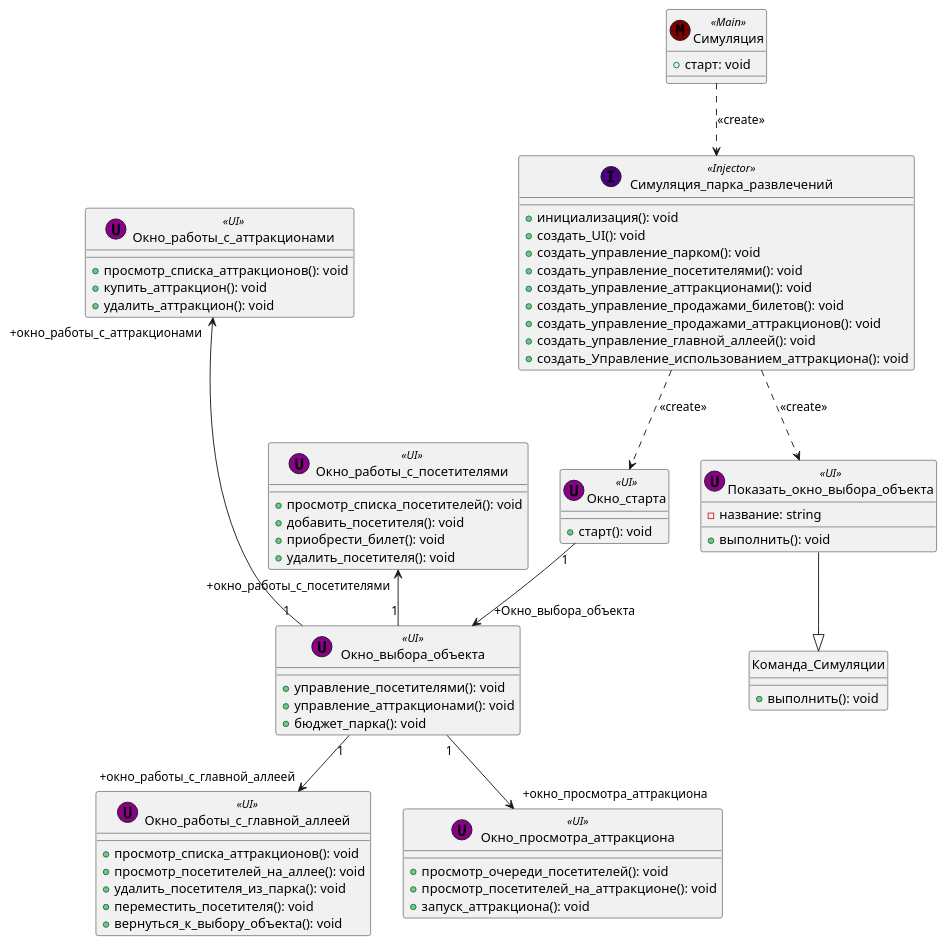
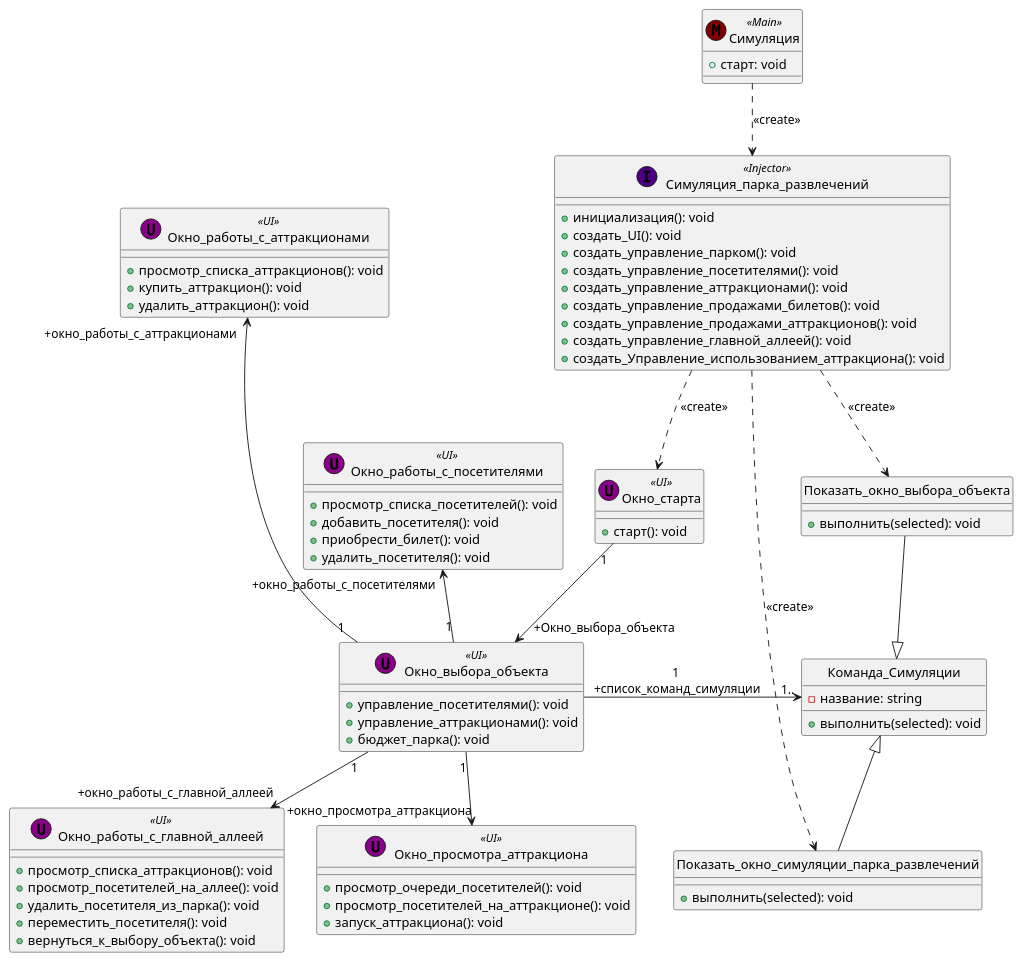
The diagram in description/diagrams/diagrams-ru/class/ui-class-shorten-2.wsd (mzhirko/amusement-park), drawn with PlantUML before and after one commit. The commit also changed 8 other files, not shown here.

Commit message:
Remove ui dependencies in development diagrams

```diff
--- a/description/diagrams/diagrams-ru/class/ui-class-shorten-2.wsd
+++ b/description/diagrams/diagrams-ru/class/ui-class-shorten-2.wsd
@@ -1,82 +1,91 @@
 @startuml
 Симуляция ..> Симуляция_парка_развлечений: <<create>>
 
 class Симуляция << (M,Maroon) Main >> {
 + старт: void
 }
 
 class Симуляция_парка_развлечений << (I,Indigo) Injector >> {
 + инициализация(): void
 + создать_UI(): void
 + создать_управление_парком(): void
 + создать_управление_посетителями(): void
 + создать_управление_аттракционами(): void
 + создать_управление_продажами_билетов(): void
 + создать_управление_продажами_аттракционов(): void
 + создать_управление_главной_аллеей(): void
 + создать_Управление_использованием_аттракциона(): void
 }
 
 class Окно_старта << (U,DarkMagenta) UI>> {
     + старт(): void
 }
 
 class Окно_выбора_объекта << (U,DarkMagenta) UI>> {
     + управление_посетителями(): void
     + управление_аттракционами(): void
     + бюджет_парка(): void
 }
 
 class Окно_работы_с_посетителями << (U,DarkMagenta) UI>> {
     + просмотр_списка_посетителей(): void
     + добавить_посетителя(): void
     + приобрести_билет(): void
     + удалить_посетителя(): void
 
 }
 
 class Окно_работы_с_аттракционами << (U,DarkMagenta) UI>> {
     + просмотр_списка_аттракционов(): void
     + купить_аттракцион(): void
     + удалить_аттракцион(): void
     
 }
 
 class Окно_работы_с_главной_аллеей << (U,DarkMagenta) UI>> {
     + просмотр_списка_аттракционов(): void
     + просмотр_посетителей_на_аллее(): void
     + удалить_посетителя_из_парка(): void
     + переместить_посетителя(): void
     + вернуться_к_выбору_объекта(): void
 
 }
 
 class Окно_просмотра_аттракциона << (U,DarkMagenta) UI>> {
     + просмотр_очереди_посетителей(): void
     + просмотр_посетителей_на_аттракционе(): void
     + запуск_аттракциона(): void
     }
 
 Симуляция_парка_развлечений ..> Окно_старта: <<create>>
+Симуляция_парка_развлечений ..> Показать_окно_симуляции_парка_развлечений: <<create>>
 Окно_старта "1" -->" +Окно_выбора_объекта" Окно_выбора_объекта
 Окно_выбора_объекта "1" -up->" +окно_работы_с_посетителями" Окно_работы_с_посетителями
 Окно_выбора_объекта "1" --up->" +окно_работы_с_аттракционами" Окно_работы_с_аттракционами
 Окно_выбора_объекта "1" -->" +окно_работы_с_главной_аллеей" Окно_работы_с_главной_аллеей
 Окно_выбора_объекта "1" -->" +окно_просмотра_аттракциона" Окно_просмотра_аттракциона
+Окно_выбора_объекта "1\n +список_команд_симуляции" -right-> "1.." Команда_Симуляции
+Команда_Симуляции <|-- Показать_окно_симуляции_парка_развлечений
 
-class Показать_окно_выбора_объекта << (U,DarkMagenta) UI>> {
-    - название: string
-    + выполнить(): void
+class Показать_окно_выбора_объекта{
+    + выполнить(selected): void
+}
+
+class Показать_окно_симуляции_парка_развлечений {
+    + выполнить(selected): void
 }
 
 class Команда_Симуляции {
-    + выполнить(): void
+    - название: string
+    + выполнить(selected): void
 }
 
 hide Команда_Симуляции circle
+hide Показать_окно_симуляции_парка_развлечений circle
+hide Показать_окно_выбора_объекта circle
 
 Симуляция_парка_развлечений ..> Показать_окно_выбора_объекта: <<create>>
 Показать_окно_выбора_объекта --|> Команда_Симуляции
 
 
 @enduml
```
